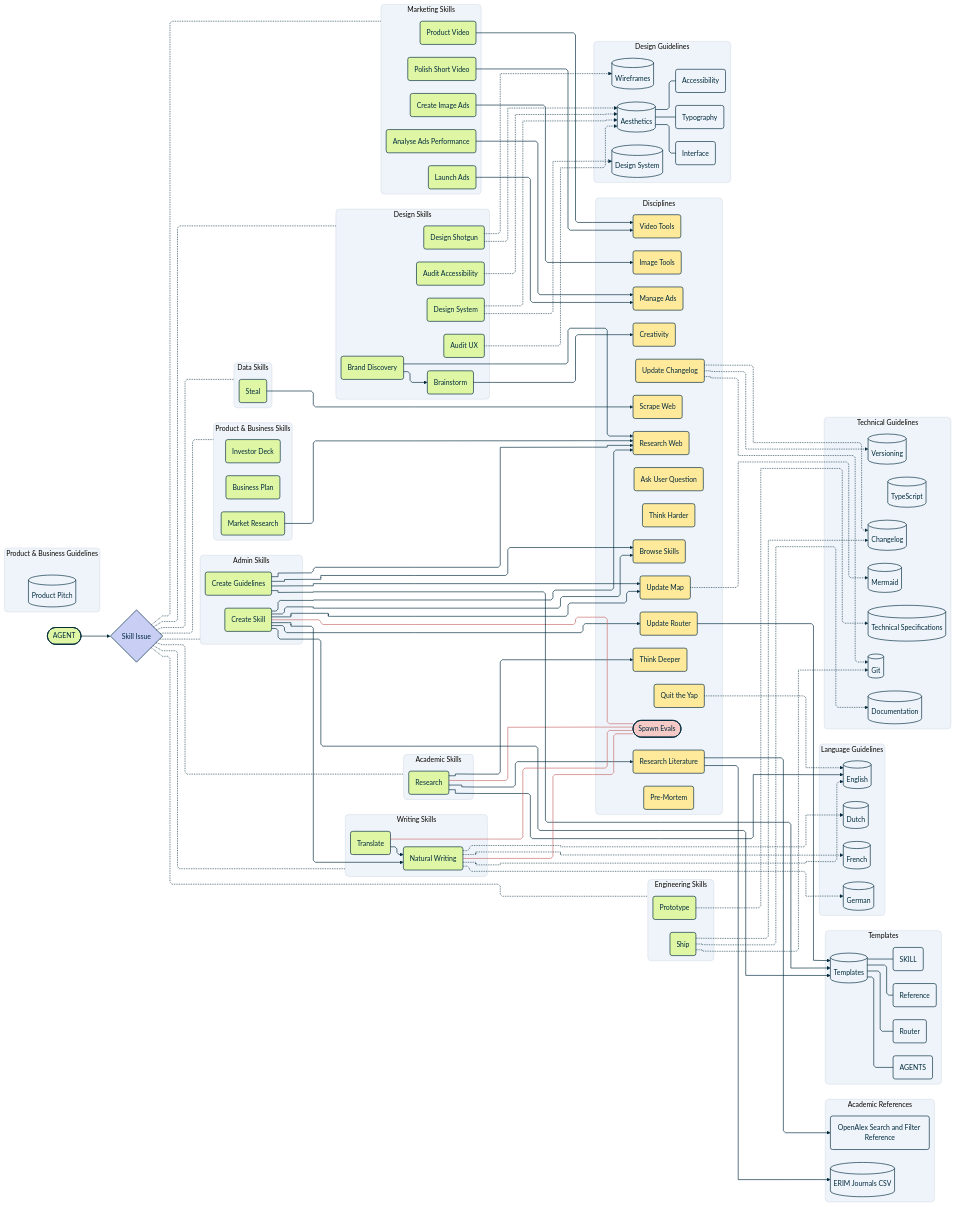
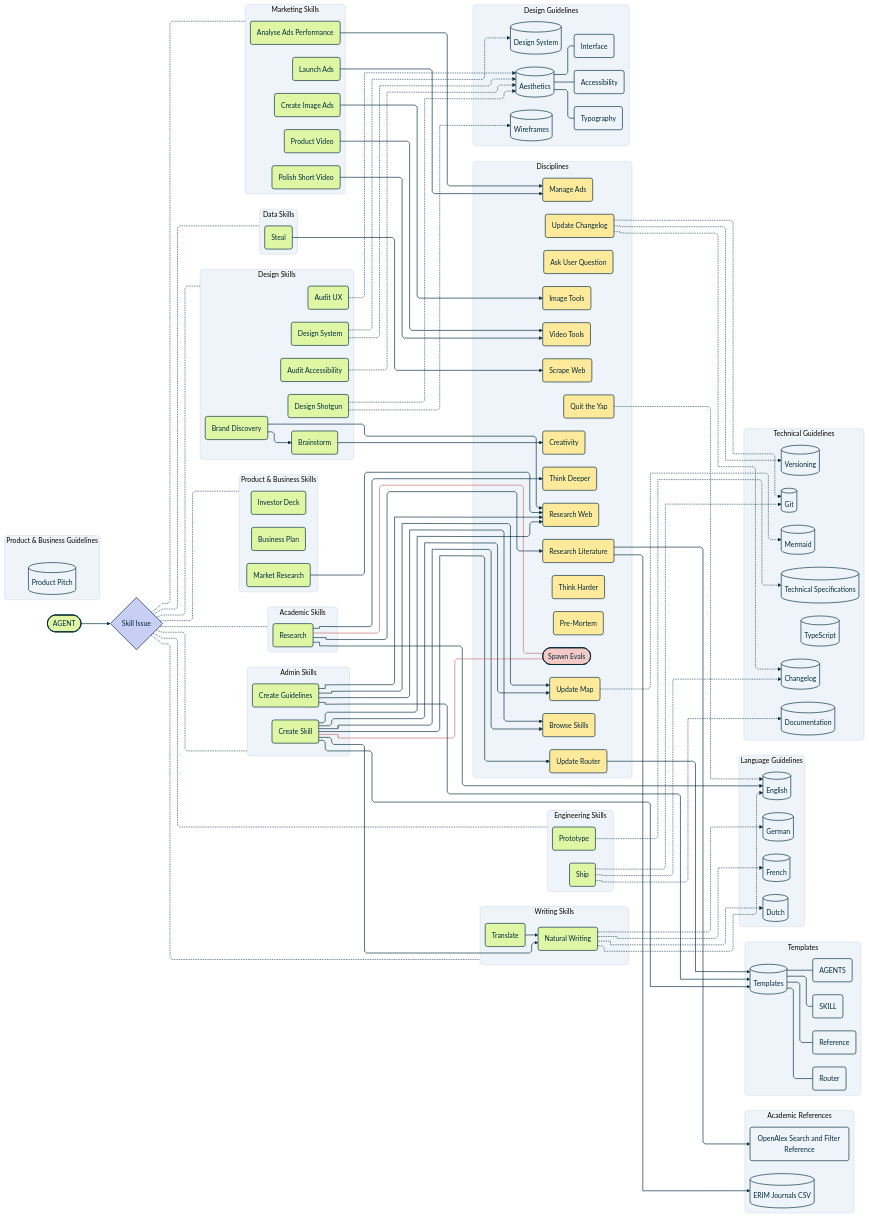
The diagram in map.mmd (josuamittels/agent-stack), drawn with Mermaid before and after one commit. The commit also changed 3 other files, not shown here.

```diff
--- a/map.mmd
+++ b/map.mmd
@@ -178,8 +178,6 @@
     update_changelog -.-> git
     quit_the_yap -.-> english
     translate --> natural_writing
-    translate eval_translate@--- spawn_evals
-    natural_writing eval_natural_writing@--- spawn_evals
     natural_writing -.-> english
     natural_writing -.-> dutch
     natural_writing -.-> french
@@ -208,7 +206,7 @@
     classDef section rx:8px,ry:8px
     class ask_user_question,think_harder,think_deeper,pre_mortem,browse_skills,update_changelog,quit_the_yap,update_map,update_router,research_web,scrape_web,research_literature,manage_ads,creativity,image_tools,video_tools method;
     class skill_issue decision
-    class eval_create_skill,eval_translate,eval_natural_writing,eval_research evaluation_link
+    class eval_create_skill,eval_research evaluation_link
     class spawn_evals evaluation
     class stack entry
     class natural_writing,create_guidelines,research,translate,analyse_ads,audit_accessibility,audit_ux,brainstorm,brand_discovery,business_plan,create_image_ads,create_skill,design_shotgun,design_system,investor_deck,launch_ads,market_research,polish_video,product_video,prototype,ship,steal skill
```
